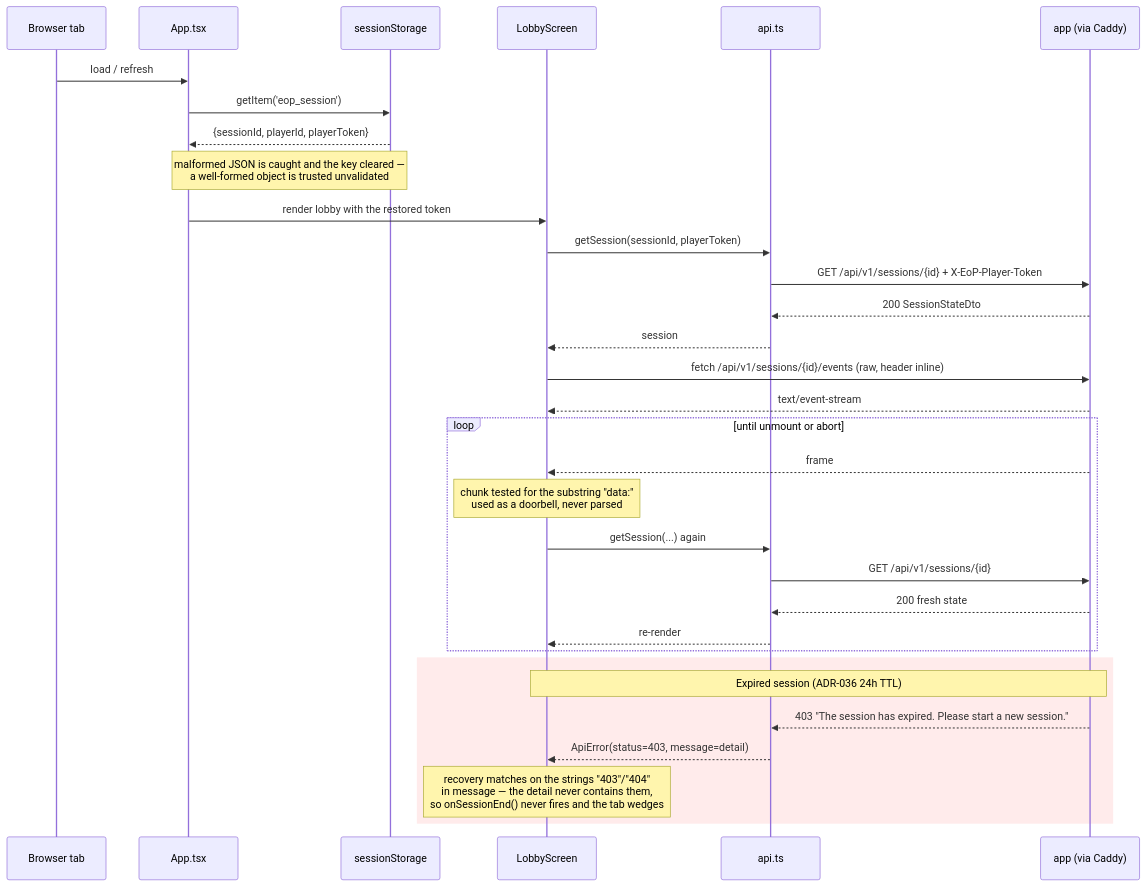
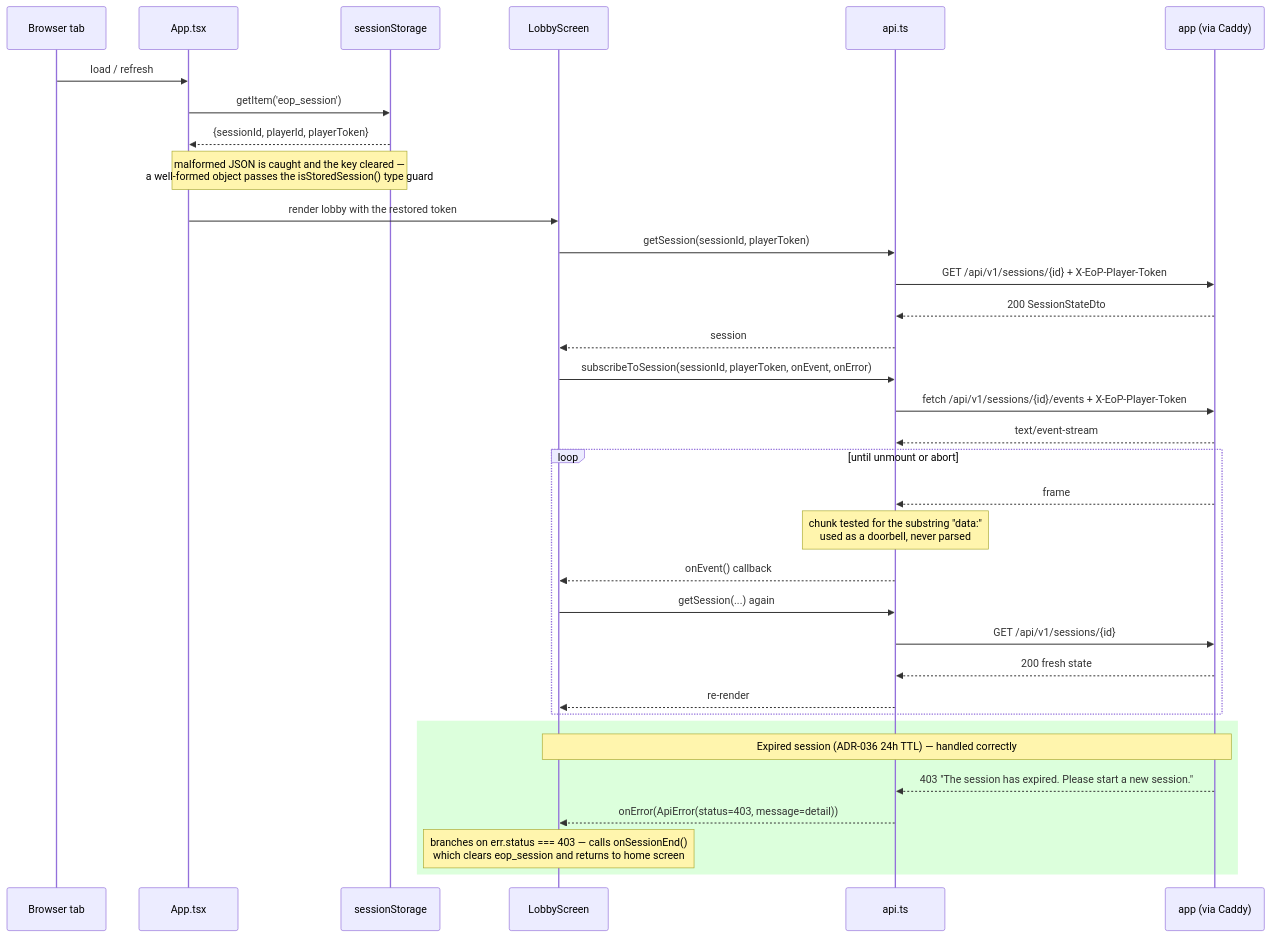
One commit to maglez/eop-threat-medeling changed the fourth of 5 diagrams in docs/architecture/C4-Diagrams.md. Above: the diagram before and after it, drawn with Mermaid. The commit also changed other lines of this file and 10 other files, not shown here.

Commit message:
[EOP-11] fix: extract subscribeToSession to api.ts, fix error-kind prefix matching, update stale docs

````diff
--- a/docs/architecture/C4-Diagrams.md
+++ b/docs/architecture/C4-Diagrams.md
@@ -789,39 +789,41 @@
 ```mermaid
 sequenceDiagram
     participant B as Browser tab
     participant A as App.tsx
     participant S as sessionStorage
     participant L as LobbyScreen
     participant API as api.ts
     participant SRV as app (via Caddy)
 
     B->>A: load / refresh
     A->>S: getItem('eop_session')
     S-->>A: {sessionId, playerId, playerToken}
-    Note over A,S: malformed JSON is caught and the key cleared —<br/>a well-formed object is trusted unvalidated
+    Note over A,S: malformed JSON is caught and the key cleared —<br/>a well-formed object passes the isStoredSession() type guard
     A->>L: render lobby with the restored token
 
     L->>API: getSession(sessionId, playerToken)
     API->>SRV: GET /api/v1/sessions/{id} + X-EoP-Player-Token
     SRV-->>API: 200 SessionStateDto
     API-->>L: session
 
-    L->>SRV: fetch /api/v1/sessions/{id}/events (raw, header inline)
-    SRV-->>L: text/event-stream
+    L->>API: subscribeToSession(sessionId, playerToken, onEvent, onError)
+    API->>SRV: fetch /api/v1/sessions/{id}/events + X-EoP-Player-Token
+    SRV-->>API: text/event-stream
 
     loop until unmount or abort
-        SRV-->>L: frame
-        Note over L: chunk tested for the substring "data:"<br/>used as a doorbell, never parsed
+        SRV-->>API: frame
+        Note over API: chunk tested for the substring "data:"<br/>used as a doorbell, never parsed
+        API-->>L: onEvent() callback
         L->>API: getSession(...) again
         API->>SRV: GET /api/v1/sessions/{id}
         SRV-->>API: 200 fresh state
         API-->>L: re-render
     end
 
-    rect rgb(255, 235, 235)
-    Note over L,SRV: Expired session (ADR-036 24h TTL)
+    rect rgb(220, 255, 220)
+    Note over L,SRV: Expired session (ADR-036 24h TTL) — handled correctly
     SRV-->>API: 403 "The session has expired. Please start a new session."
-    API-->>L: ApiError(status=403, message=detail)
-    Note over L: recovery matches on the strings "403"/"404"<br/>in message — the detail never contains them,<br/>so onSessionEnd() never fires and the tab wedges
+    API-->>L: onError(ApiError(status=403, message=detail))
+    Note over L: branches on err.status === 403 — calls onSessionEnd()<br/>which clears eop_session and returns to home screen
     end
 ```
````
